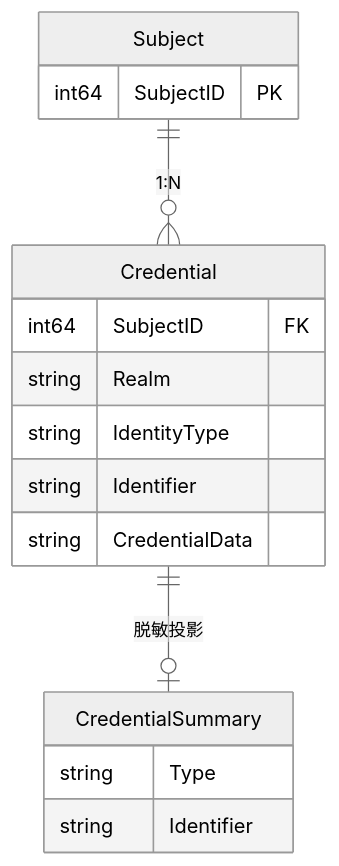
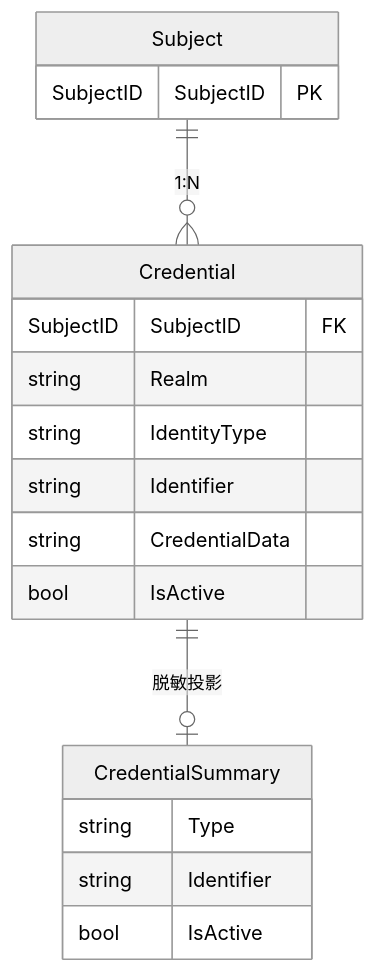
One commit to modern-magic-go/identity changed the diagram in README.md. Above: the diagram before and after it, drawn with Mermaid (neutral theme). The commit also changed other lines of this file, not shown here.

Commit message:
docs: 更新 README，适配 SubjectID string 化 + IsActive + TransactionalStore

````diff
--- a/README.md
+++ b/README.md
@@ -73,22 +69,24 @@
 ```mermaid
 erDiagram
     Subject {
-        int64 SubjectID PK
+        SubjectID SubjectID PK
     }
 
     Credential {
-        int64 SubjectID FK
+        SubjectID SubjectID FK
         string Realm
         string IdentityType
         string Identifier
         string CredentialData
+        bool IsActive
     }
 
     CredentialSummary {
         string Type
         string Identifier
+        bool IsActive
     }
 
     Subject ||--o{ Credential : "1:N"
     Credential ||--o| CredentialSummary : "脱敏投影"
 ```
````
